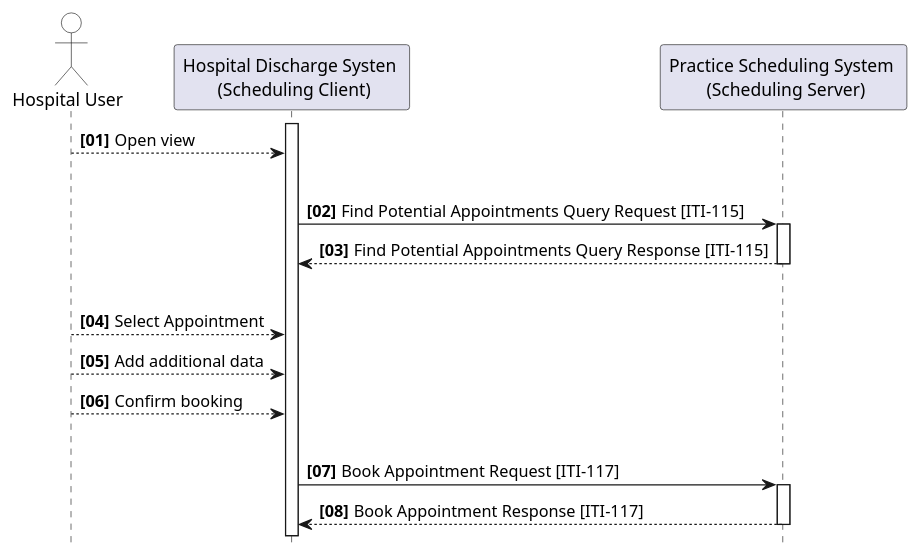
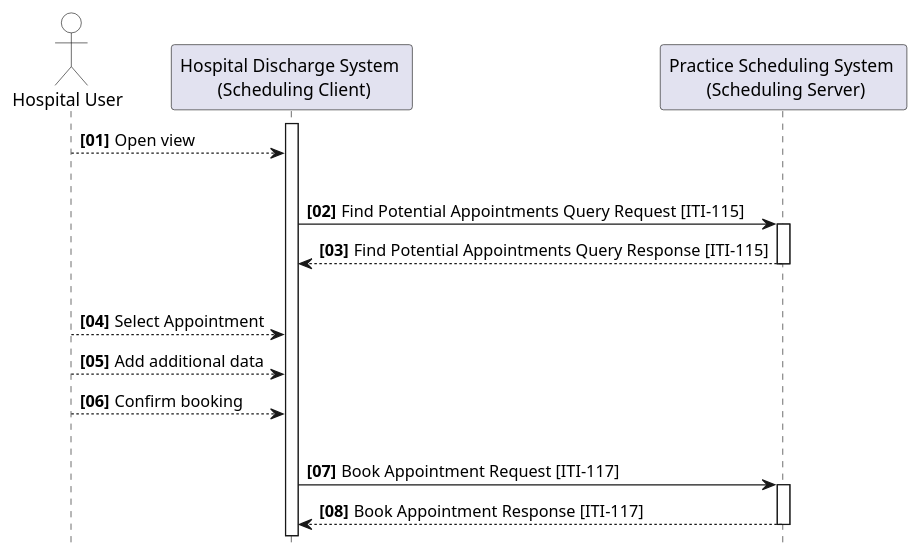
One commit to IHE/ITI.Scheduling changed the diagram in input/images-source/uc1-flow.plantuml. Above: the diagram before and after it, drawn with PlantUML. The commit also changed 1 other file, not shown here.

Commit message:
typo Systen to System

```diff
--- a/input/images-source/uc1-flow.plantuml
+++ b/input/images-source/uc1-flow.plantuml
@@ -1,34 +1,34 @@
 @startuml
 skinparam responseMessageBelowArrow true
 skinparam svgDimensionStyle false
 hide footbox
 
 actor "Hospital User" as User #FFFFFF
-participant "Hospital Discharge Systen \n (Scheduling Client)" as RequestingActor
+participant "Hospital Discharge System \n (Scheduling Client)" as RequestingActor
 participant "Practice Scheduling System \n (Scheduling Server)" as RespondingActor
 
 autonumber 1 1 "<b>[00]"
 
 activate "RequestingActor"
 User --> RequestingActor: Open view
 
 |||
 RequestingActor -> RespondingActor: Find Potential Appointments Query Request [ITI-115]
 activate "RespondingActor"
 RespondingActor --> RequestingActor: Find Potential Appointments Query Response [ITI-115]
 deactivate "RespondingActor"
 
 |||
 User --> RequestingActor: Select Appointment
 User --> RequestingActor: Add additional data
 User --> RequestingActor: Confirm booking
 
 |||
 RequestingActor -> RespondingActor: Book Appointment Request [ITI-117]
 activate "RespondingActor"
 RespondingActor --> RequestingActor: Book Appointment Response [ITI-117]
 deactivate "RespondingActor"
 
 autonumber stop
 
 @enduml
```
